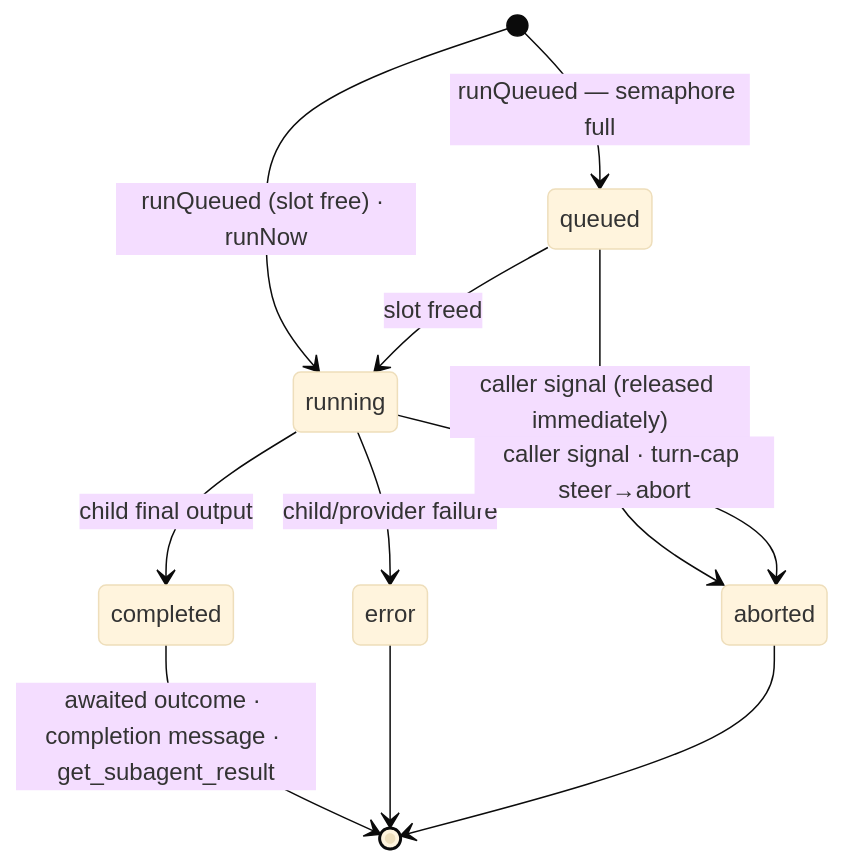
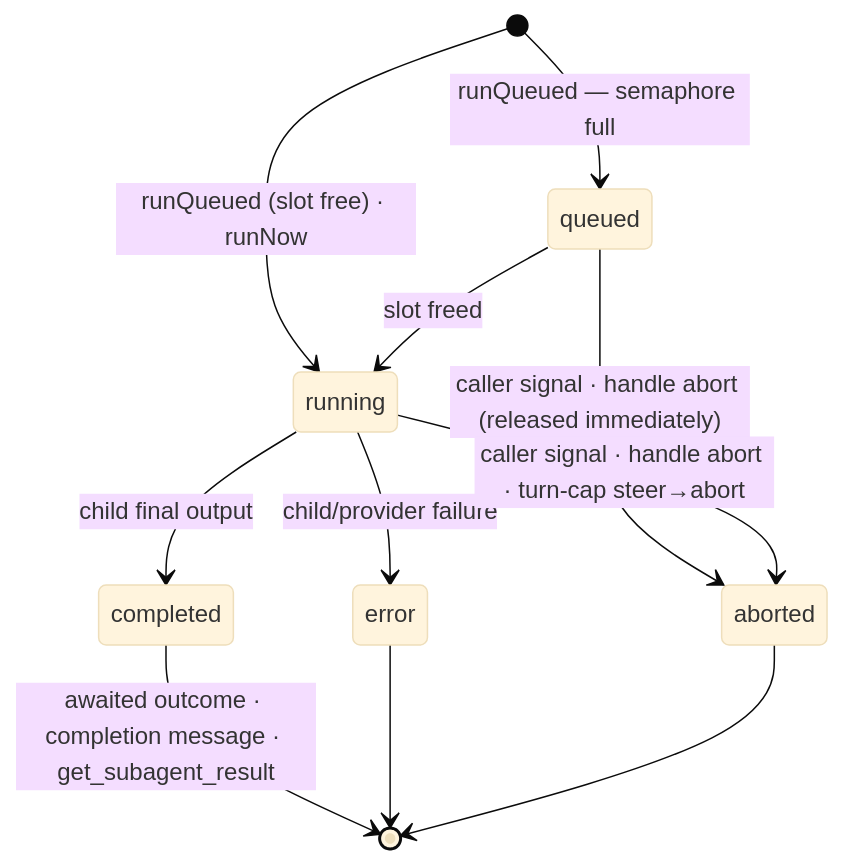
One commit to JetBrains/thinkrail changed the diagram in packages/pi-delegation/SPEC.md. Above: the diagram before and after it, drawn with Mermaid (base theme). The commit also changed other lines of this file and 2 other files, not shown here.

Commit message:
fix(packages): cancel queued runs through ChildHandle.abort

````diff
--- a/packages/pi-delegation/SPEC.md
+++ b/packages/pi-delegation/SPEC.md
@@ -98,13 +98,13 @@
 ```mermaid
 stateDiagram-v2
     [*] --> queued: runQueued — semaphore full
     [*] --> running: runQueued (slot free) · runNow
     queued --> running: slot freed
-    queued --> aborted: caller signal (released immediately)
+    queued --> aborted: caller signal · handle abort (released immediately)
     running --> completed: child final output
     running --> error: child/provider failure
-    running --> aborted: caller signal · turn-cap steer→abort
+    running --> aborted: caller signal · handle abort · turn-cap steer→abort
     completed --> [*]: awaited outcome · completion message · get_subagent_result
     error --> [*]
     aborted --> [*]
 ```
````
